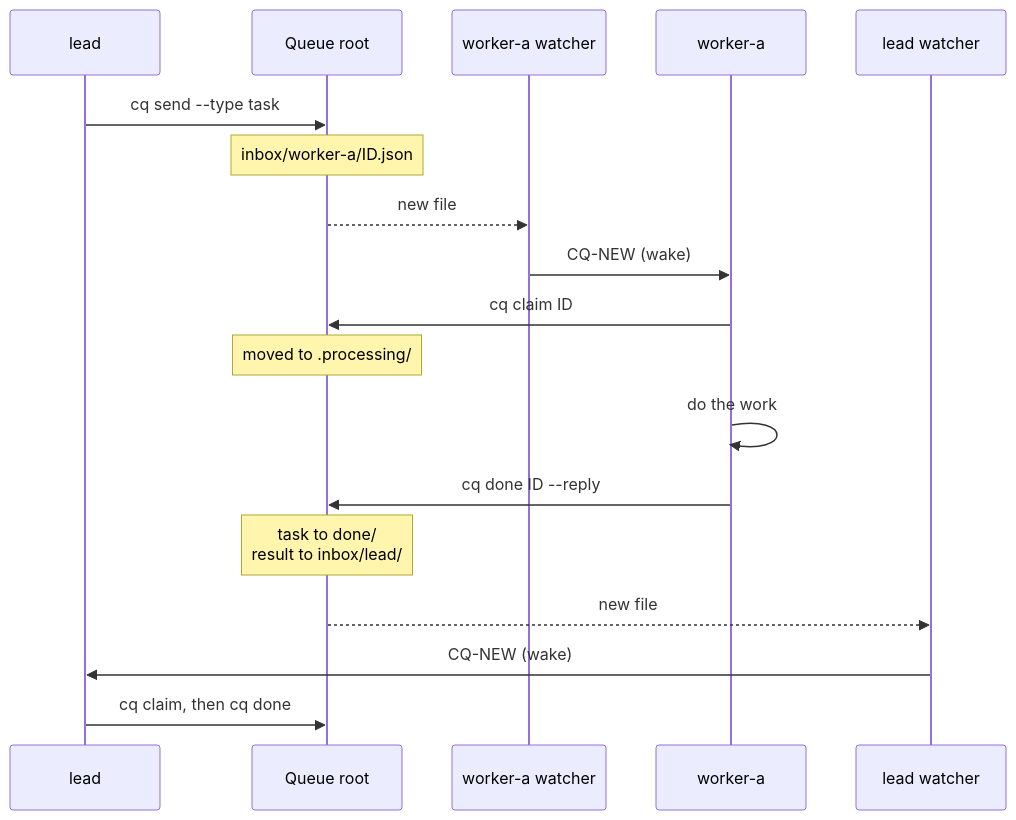
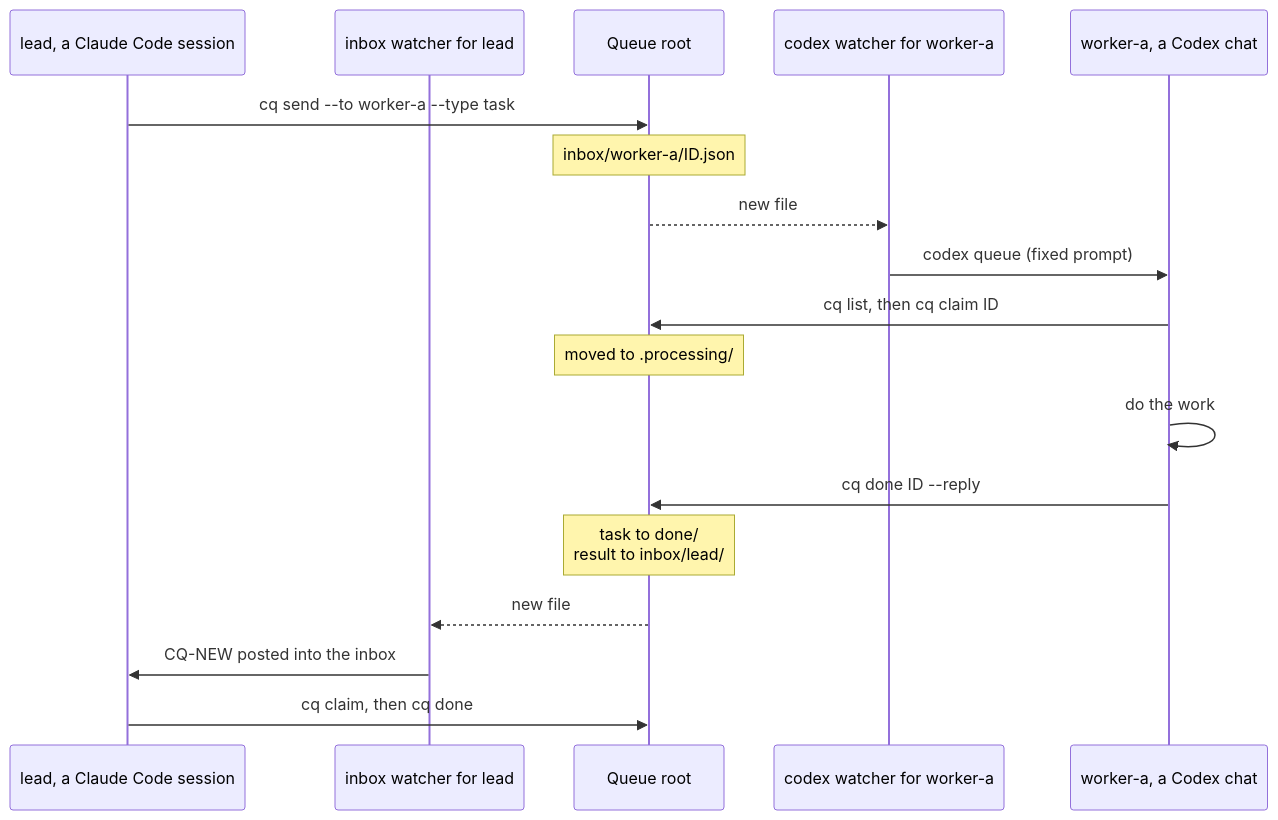
Before and after one commit to niklasrichardson/session-queue: the diagram in docs/OVERVIEW.md, drawn with Mermaid. The commit also changed other lines of this file and 12 other files, not shown here.

First line of the commit message:
Give Claude Code, Codex and other agents equal setup docs

````diff
--- a/docs/OVERVIEW.md
+++ b/docs/OVERVIEW.md
@@ -20,21 +34,21 @@
 ```mermaid
 sequenceDiagram
-    participant L as lead
+    participant L as lead, a Claude Code session
+    participant WL as inbox watcher for lead
     participant Q as Queue root
-    participant WA as worker-a watcher
-    participant A as worker-a
-    participant WL as lead watcher
+    participant WA as codex watcher for worker-a
+    participant A as worker-a, a Codex chat
 
-    L->>Q: cq send --type task
+    L->>Q: cq send --to worker-a --type task
     Note over Q: inbox/worker-a/ID.json
     Q-->>WA: new file
-    WA->>A: CQ-NEW (wake)
-    A->>Q: cq claim ID
+    WA->>A: codex queue (fixed prompt)
+    A->>Q: cq list, then cq claim ID
     Note over Q: moved to .processing/
     A->>A: do the work
     A->>Q: cq done ID --reply
     Note over Q: task to done/<br/>result to inbox/lead/
     Q-->>WL: new file
-    WL->>L: CQ-NEW (wake)
+    WL->>L: CQ-NEW posted into the inbox
     L->>Q: cq claim, then cq done
 ```
````
